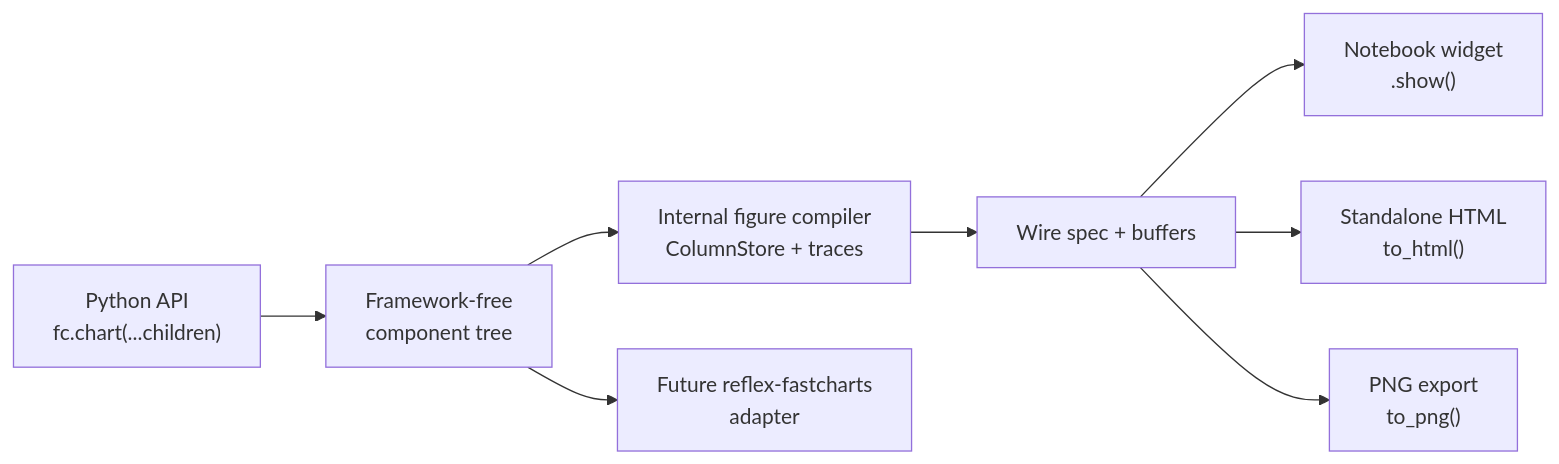
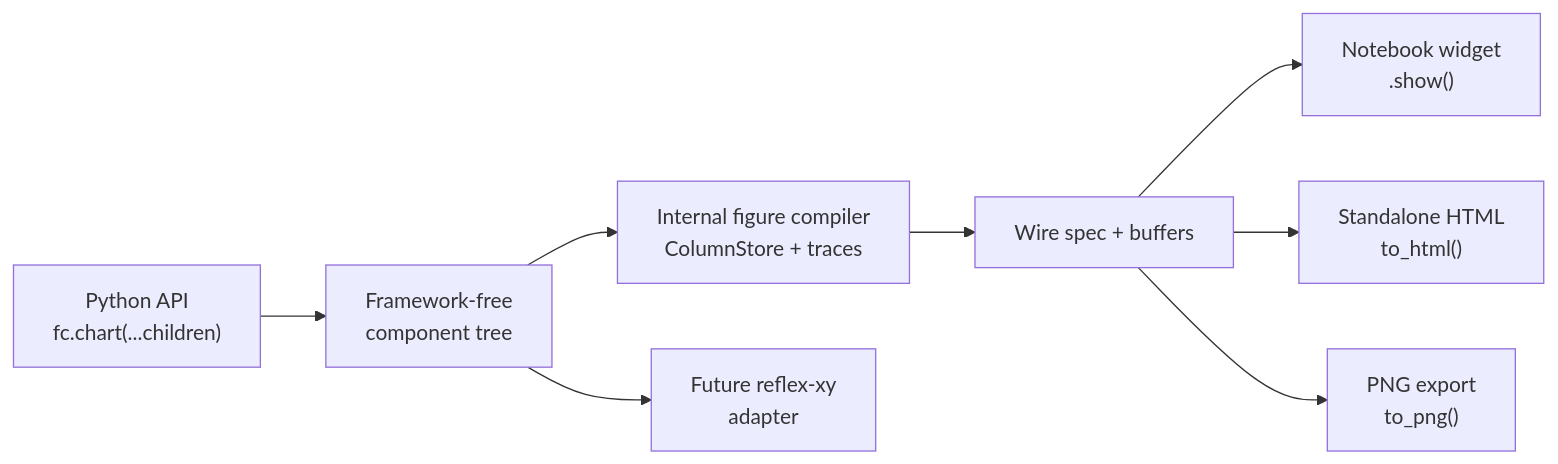
Before and after one commit to reflex-dev/xy: the diagram in docs/design/reflex-shaped-api.md, drawn with Mermaid. The commit also changed other lines of this file and 219 other files, not shown here.

````diff
--- a/docs/design/reflex-shaped-api.md
+++ b/docs/design/reflex-shaped-api.md
@@ -59,17 +59,17 @@
 ```mermaid
 flowchart LR
   USER["Python API<br/>fc.chart(...children)"]
   TREE["Framework-free<br/>component tree"]
   FIG["Internal figure compiler<br/>ColumnStore + traces"]
   SPEC["Wire spec + buffers"]
   NB["Notebook widget<br/>.show()"]
   HTML["Standalone HTML<br/>to_html()"]
   PNG["PNG export<br/>to_png()"]
-  RX["Future reflex-fastcharts<br/>adapter"]
+  RX["Future reflex-xy<br/>adapter"]
 
   USER --> TREE --> FIG --> SPEC
   SPEC --> NB
   SPEC --> HTML
   SPEC --> PNG
   TREE --> RX
 ```
````
